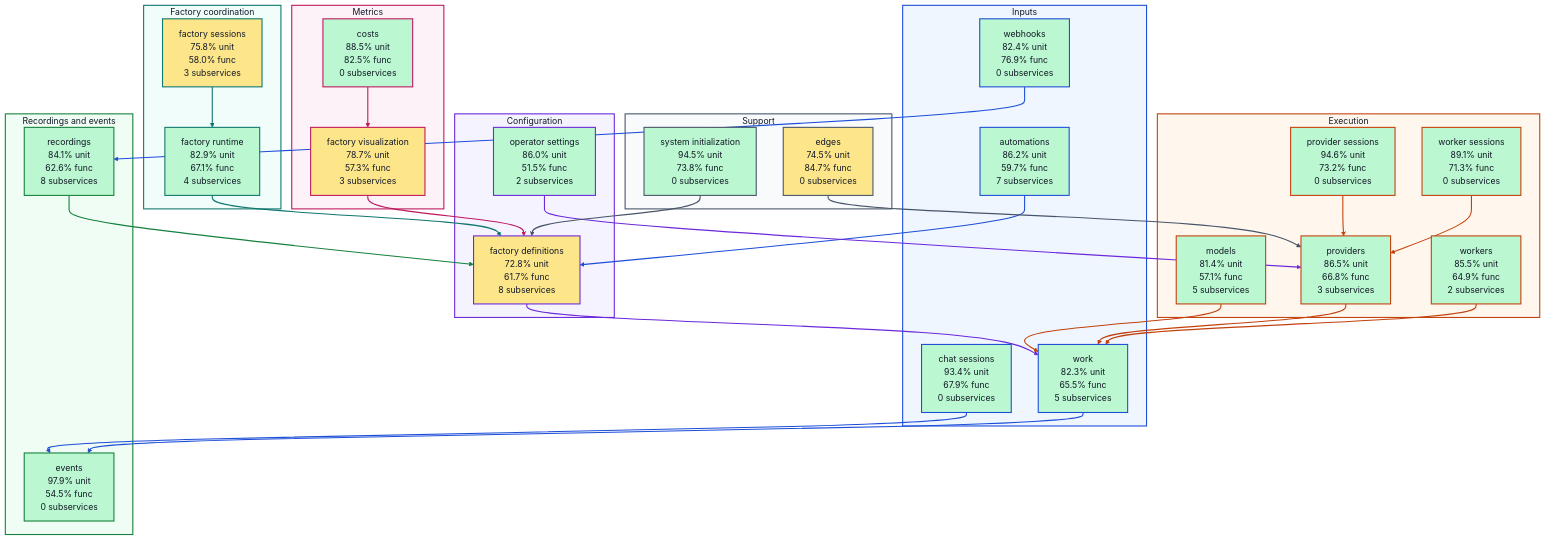
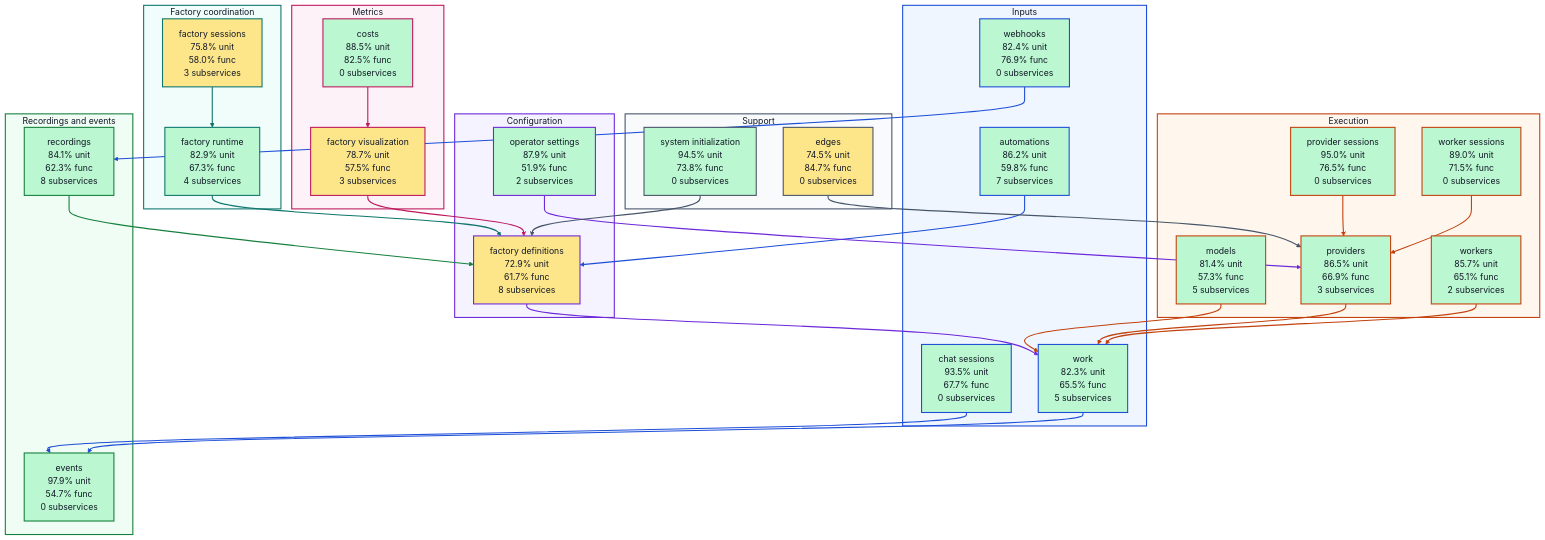
Before and after one commit to portpowered/you-agent-factory: the diagram in docs/architecture/visualizations/high-level-test-coverage.md, drawn with Mermaid. The commit also changed other lines of this file and 20 other files, not shown here.

Commit message:
docs: refresh backend architecture visualizations

````diff
--- a/docs/architecture/visualizations/high-level-test-coverage.md
+++ b/docs/architecture/visualizations/high-level-test-coverage.md
@@ -11,33 +11,33 @@
 ```mermaid
 flowchart TB
   subgraph input["Inputs"]
-    s_services_automations["automations<br/>86.2% unit<br/>59.7% func<br/>7 subservices"]
-    s_services_chat_sessions["chat sessions<br/>93.4% unit<br/>67.9% func<br/>0 subservices"]
+    s_services_automations["automations<br/>86.2% unit<br/>59.8% func<br/>7 subservices"]
+    s_services_chat_sessions["chat sessions<br/>93.5% unit<br/>67.7% func<br/>0 subservices"]
     s_services_webhooks["webhooks<br/>82.4% unit<br/>76.9% func<br/>0 subservices"]
     s_services_work["work<br/>82.3% unit<br/>65.5% func<br/>5 subservices"]
   end
   subgraph configuration["Configuration"]
-    s_services_factory_definitions["factory definitions<br/>72.8% unit<br/>61.7% func<br/>8 subservices"]
-    s_services_operator_settings["operator settings<br/>86.0% unit<br/>51.5% func<br/>2 subservices"]
+    s_services_factory_definitions["factory definitions<br/>72.9% unit<br/>61.7% func<br/>8 subservices"]
+    s_services_operator_settings["operator settings<br/>87.9% unit<br/>51.9% func<br/>2 subservices"]
   end
   subgraph coordination["Factory coordination"]
-    s_services_factory_runtime["factory runtime<br/>82.9% unit<br/>67.1% func<br/>4 subservices"]
+    s_services_factory_runtime["factory runtime<br/>82.9% unit<br/>67.3% func<br/>4 subservices"]
     s_services_factory_sessions["factory sessions<br/>75.8% unit<br/>58.0% func<br/>3 subservices"]
   end
   subgraph execution["Execution"]
-    s_services_models["models<br/>81.4% unit<br/>57.1% func<br/>5 subservices"]
-    s_services_provider_sessions["provider sessions<br/>94.6% unit<br/>73.2% func<br/>0 subservices"]
-    s_services_providers["providers<br/>86.5% unit<br/>66.8% func<br/>3 subservices"]
-    s_services_worker_sessions["worker sessions<br/>89.1% unit<br/>71.3% func<br/>0 subservices"]
-    s_services_workers["workers<br/>85.5% unit<br/>64.9% func<br/>2 subservices"]
+    s_services_models["models<br/>81.4% unit<br/>57.3% func<br/>5 subservices"]
+    s_services_provider_sessions["provider sessions<br/>95.0% unit<br/>76.5% func<br/>0 subservices"]
+    s_services_providers["providers<br/>86.5% unit<br/>66.9% func<br/>3 subservices"]
+    s_services_worker_sessions["worker sessions<br/>89.0% unit<br/>71.5% func<br/>0 subservices"]
+    s_services_workers["workers<br/>85.7% unit<br/>65.1% func<br/>2 subservices"]
   end
   subgraph recordings["Recordings and events"]
-    s_services_events["events<br/>97.9% unit<br/>54.5% func<br/>0 subservices"]
-    s_services_recordings["recordings<br/>84.1% unit<br/>62.6% func<br/>8 subservices"]
+    s_services_events["events<br/>97.9% unit<br/>54.7% func<br/>0 subservices"]
+    s_services_recordings["recordings<br/>84.1% unit<br/>62.3% func<br/>8 subservices"]
   end
   subgraph metrics["Metrics"]
     s_services_costs["costs<br/>88.5% unit<br/>82.5% func<br/>0 subservices"]
-    s_services_factory_visualization["factory visualization<br/>78.7% unit<br/>57.3% func<br/>3 subservices"]
+    s_services_factory_visualization["factory visualization<br/>78.7% unit<br/>57.5% func<br/>3 subservices"]
   end
   subgraph support["Support"]
     s_services_edges["edges<br/>74.5% unit<br/>84.7% func<br/>0 subservices"]
````
